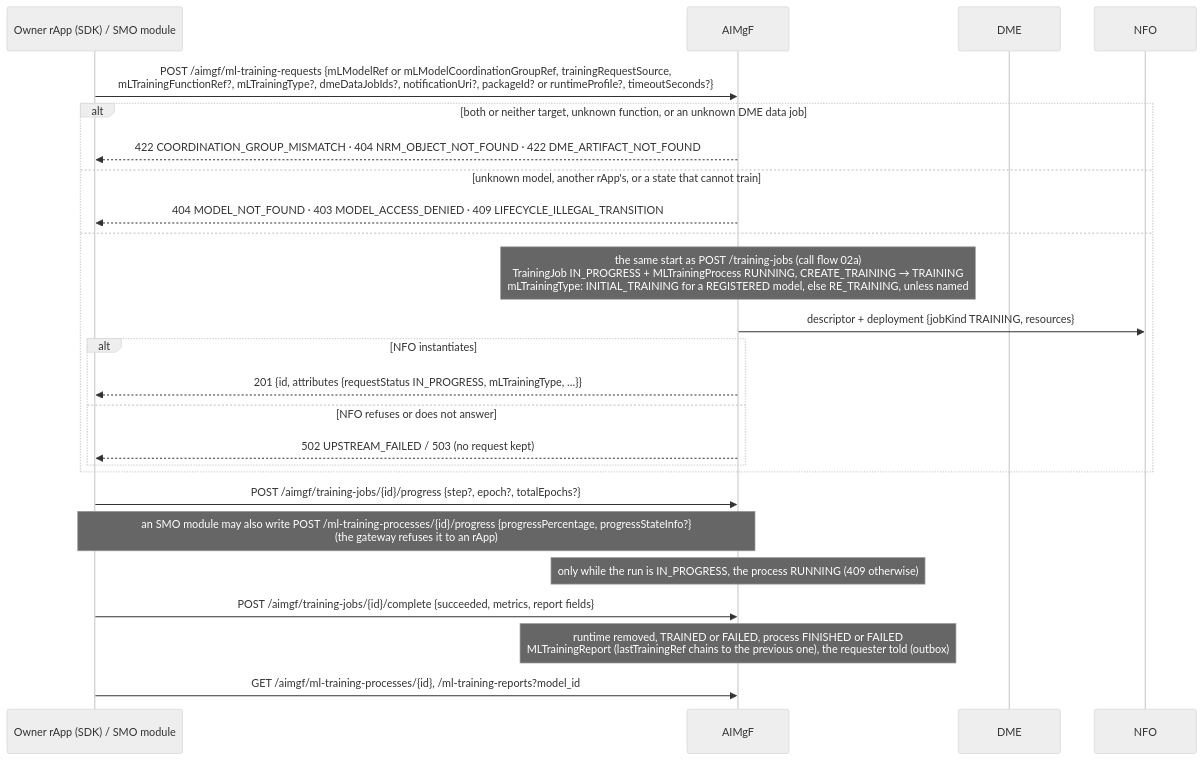
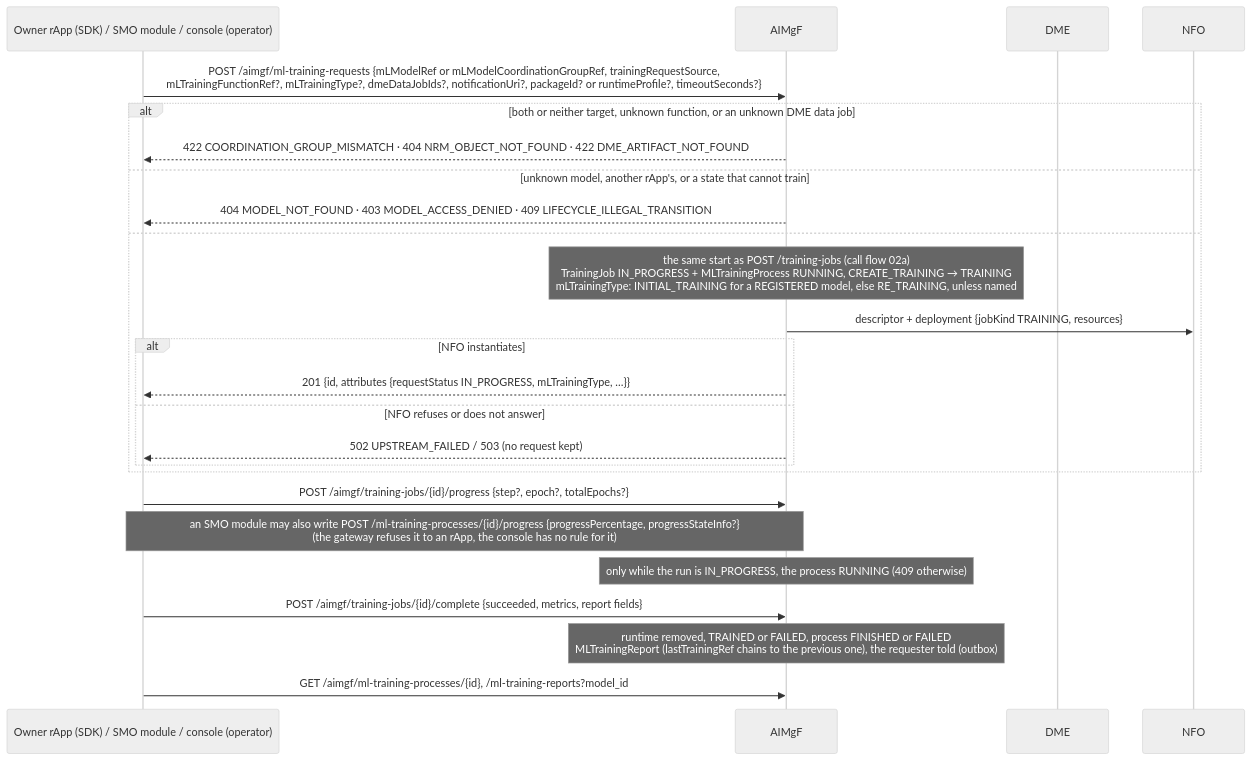
Before and after one commit to rsys-bshankar/ai-ran-smo: the first of 5 diagrams in smo/docs/call-flows/27-ts28105-provisioning-resources.md, drawn with Mermaid (neutral theme). The commit also changed other lines of this file and 26 other files, not shown here.

````diff
--- a/smo/docs/call-flows/27-ts28105-provisioning-resources.md
+++ b/smo/docs/call-flows/27-ts28105-provisioning-resources.md
@@ -45,29 +55,29 @@
 ```mermaid
 sequenceDiagram
-    participant R as Owner rApp (SDK) / SMO module
+    participant R as Owner rApp (SDK) / SMO module / console (operator)
     participant AIM as AIMgF
     participant DME as DME
     participant NFO as NFO
 
     R->>AIM: POST /aimgf/ml-training-requests {mLModelRef or mLModelCoordinationGroupRef, trainingRequestSource,<br/>mLTrainingFunctionRef?, mLTrainingType?, dmeDataJobIds?, notificationUri?, packageId? or runtimeProfile?, timeoutSeconds?}
     alt both or neither target, unknown function, or an unknown DME data job
         AIM-->>R: 422 COORDINATION_GROUP_MISMATCH · 404 NRM_OBJECT_NOT_FOUND · 422 DME_ARTIFACT_NOT_FOUND
     else unknown model, another rApp's, or a state that cannot train
         AIM-->>R: 404 MODEL_NOT_FOUND · 403 MODEL_ACCESS_DENIED · 409 LIFECYCLE_ILLEGAL_TRANSITION
     else
         Note over AIM: the same start as POST /training-jobs (call flow 02a)<br/>TrainingJob IN_PROGRESS + MLTrainingProcess RUNNING, CREATE_TRAINING → TRAINING<br/>mLTrainingType: INITIAL_TRAINING for a REGISTERED model, else RE_TRAINING, unless named
         AIM->>NFO: descriptor + deployment {jobKind TRAINING, resources}
         alt NFO instantiates
             AIM-->>R: 201 {id, attributes {requestStatus IN_PROGRESS, mLTrainingType, …}}
         else NFO refuses or does not answer
             AIM-->>R: 502 UPSTREAM_FAILED / 503 (no request kept)
         end
     end
 
     R->>AIM: POST /aimgf/training-jobs/{id}/progress {step?, epoch?, totalEpochs?}
-    Note over R,AIM: an SMO module may also write POST /ml-training-processes/{id}/progress {progressPercentage, progressStateInfo?}<br/>(the gateway refuses it to an rApp)
+    Note over R,AIM: an SMO module may also write POST /ml-training-processes/{id}/progress {progressPercentage, progressStateInfo?}<br/>(the gateway refuses it to an rApp, the console has no rule for it)
     Note over AIM: only while the run is IN_PROGRESS, the process RUNNING (409 otherwise)
     R->>AIM: POST /aimgf/training-jobs/{id}/complete {succeeded, metrics, report fields}
     Note over AIM: runtime removed, TRAINED or FAILED, process FINISHED or FAILED<br/>MLTrainingReport (lastTrainingRef chains to the previous one), the requester told (outbox)
     R->>AIM: GET /aimgf/ml-training-processes/{id}, /ml-training-reports?model_id
 ```
````
